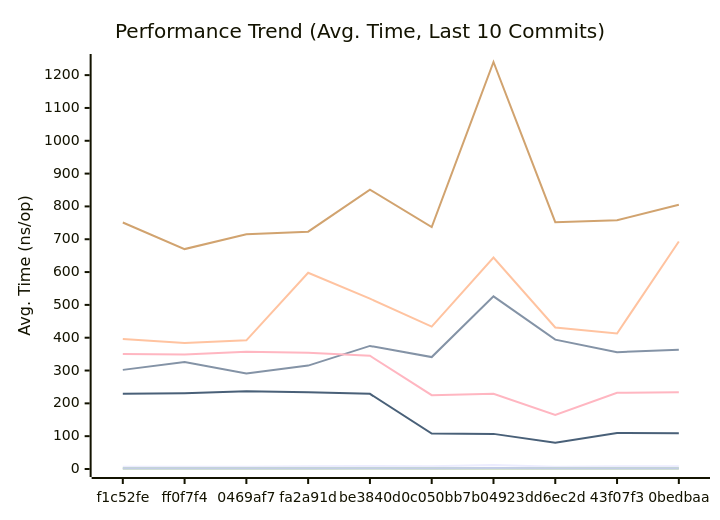
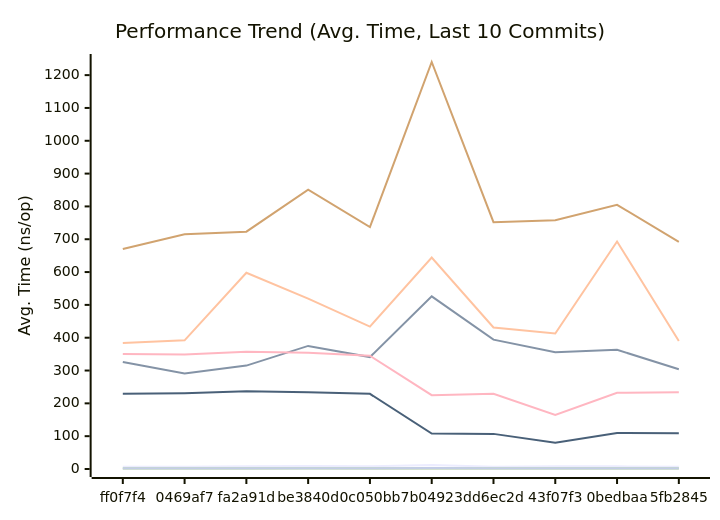
The first of 3 diagrams in docs/PERFORMANCE.md (alsotoes/momo), drawn with Mermaid before and after one commit. The commit also changed other lines of this file and 3 other files, not shown here.

````diff
--- a/docs/PERFORMANCE.md
+++ b/docs/PERFORMANCE.md
@@ -80,16 +80,16 @@
 ```mermaid
 xychart-beta
     title "Performance Trend (Avg. Time, Last 10 Commits)"
     x-axis "Commit"
     y-axis "Avg. Time (ns/op)"
-    x-axis [f1c52fe,ff0f7f4,0469af7,fa2a91d,be3840d,0c050bb,7b04923,dd6ec2d,43f07f3,0bedbaa]
-    line "CheckMetricsAndSwap" [7,7,7,8,9,8,12,7,8,8]
-    line "CrushOptimized" [302,326,291,315,375,341,526,394,356,363]
-    line "CrushOriginal" [396,384,392,598,519,434,644,431,413,693]
-    line "IndexDirectTracking" [0,0,0,0,1,0,0,0,0,0]
+    x-axis [ff0f7f4,0469af7,fa2a91d,be3840d,0c050bb,7b04923,dd6ec2d,43f07f3,0bedbaa,5fb2845]
+    line "CheckMetricsAndSwap" [7,7,8,9,8,12,7,8,8,7]
+    line "CrushOptimized" [326,291,315,375,341,526,394,356,363,304]
+    line "CrushOriginal" [384,392,598,519,434,644,431,413,693,390]
+    line "IndexDirectTracking" [0,0,0,1,0,0,0,0,0,0]
     line "IndexSearch" [2,2,2,2,2,2,2,2,2,2]
-    line "LoadGlobalConfig" [751,670,715,723,851,737,1240,752,758,805]
-    line "PadString" [2,2,2,2,2,2,3,2,2,2]
+    line "LoadGlobalConfig" [670,715,723,851,737,1240,752,758,805,692]
+    line "PadString" [2,2,2,2,2,3,2,2,2,2]
     line "ParseReplicationOrder_NoPrealloc" [350,349,357,354,345,225,229,165,232,234]
     line "ParseReplicationOrder_Prealloc" [229,231,237,234,229,108,107,80,110,109]
 ```
````
